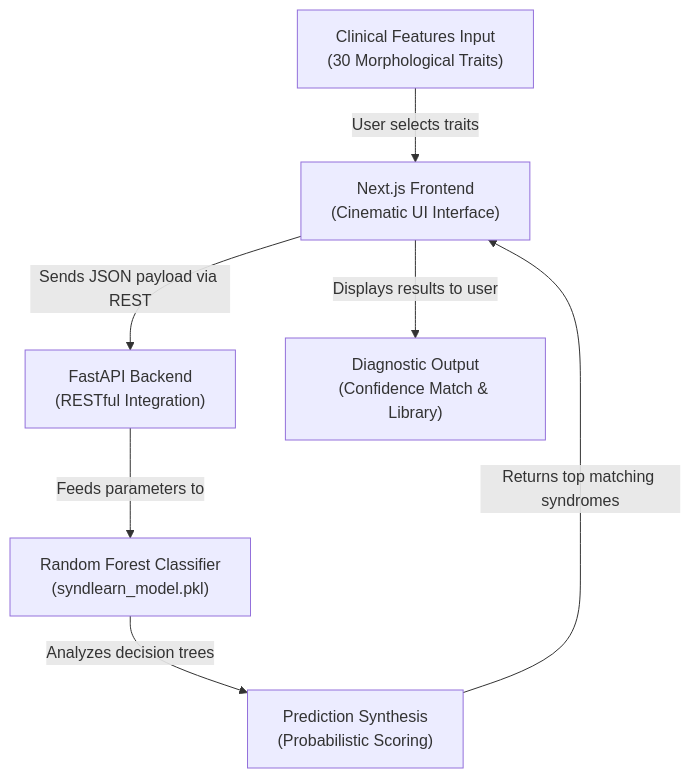
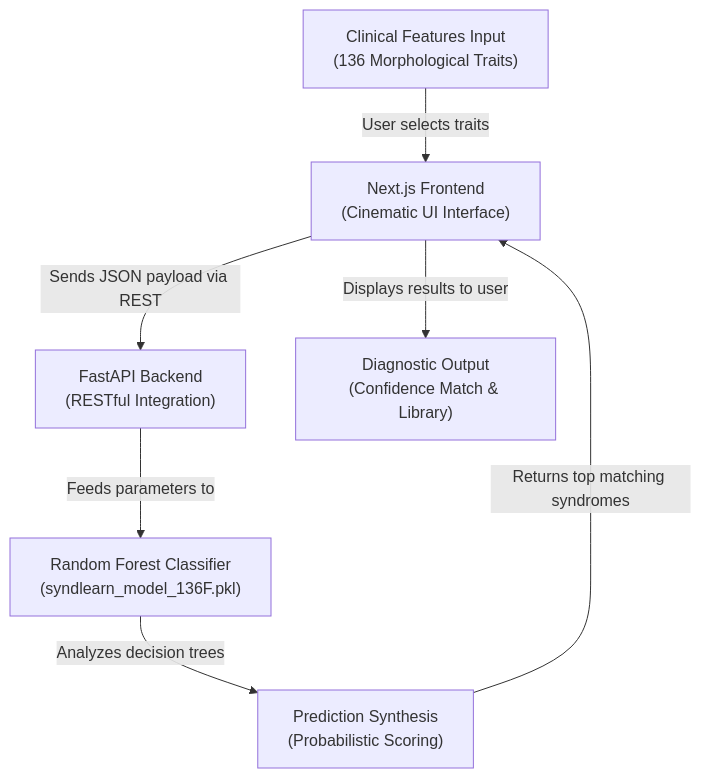
One commit to Sherwinj10/SynLearn changed the diagram in README.md. Above: the diagram before and after it, drawn with Mermaid. The commit also changed other lines of this file and 12 other files, not shown here.

Commit message:
feat: upgrade model to 136 features, refresh frontend, and add model via LFS

````diff
--- a/README.md
+++ b/README.md
@@ -25,16 +25,16 @@
 ```mermaid
 flowchart TD
-    A0["Clinical Features Input\n(30 Morphological Traits)"]
+    A0["Clinical Features Input\n(136 Morphological Traits)"]
     A1["Next.js Frontend\n(Cinematic UI Interface)"]
     A2["FastAPI Backend\n(RESTful Integration)"]
-    A3["Random Forest Classifier\n(syndlearn_model.pkl)"]
+    A3["Random Forest Classifier\n(syndlearn_model_136F.pkl)"]
     A4["Prediction Synthesis\n(Probabilistic Scoring)"]
     A5["Diagnostic Output\n(Confidence Match & Library)"]
 
     A0 -- "User selects traits" --> A1
     A1 -- "Sends JSON payload via REST" --> A2
     A2 -- "Feeds parameters to" --> A3
     A3 -- "Analyzes decision trees" --> A4
     A4 -- "Returns top matching syndromes" --> A1
     A1 -- "Displays results to user" --> A5
 ```
````
